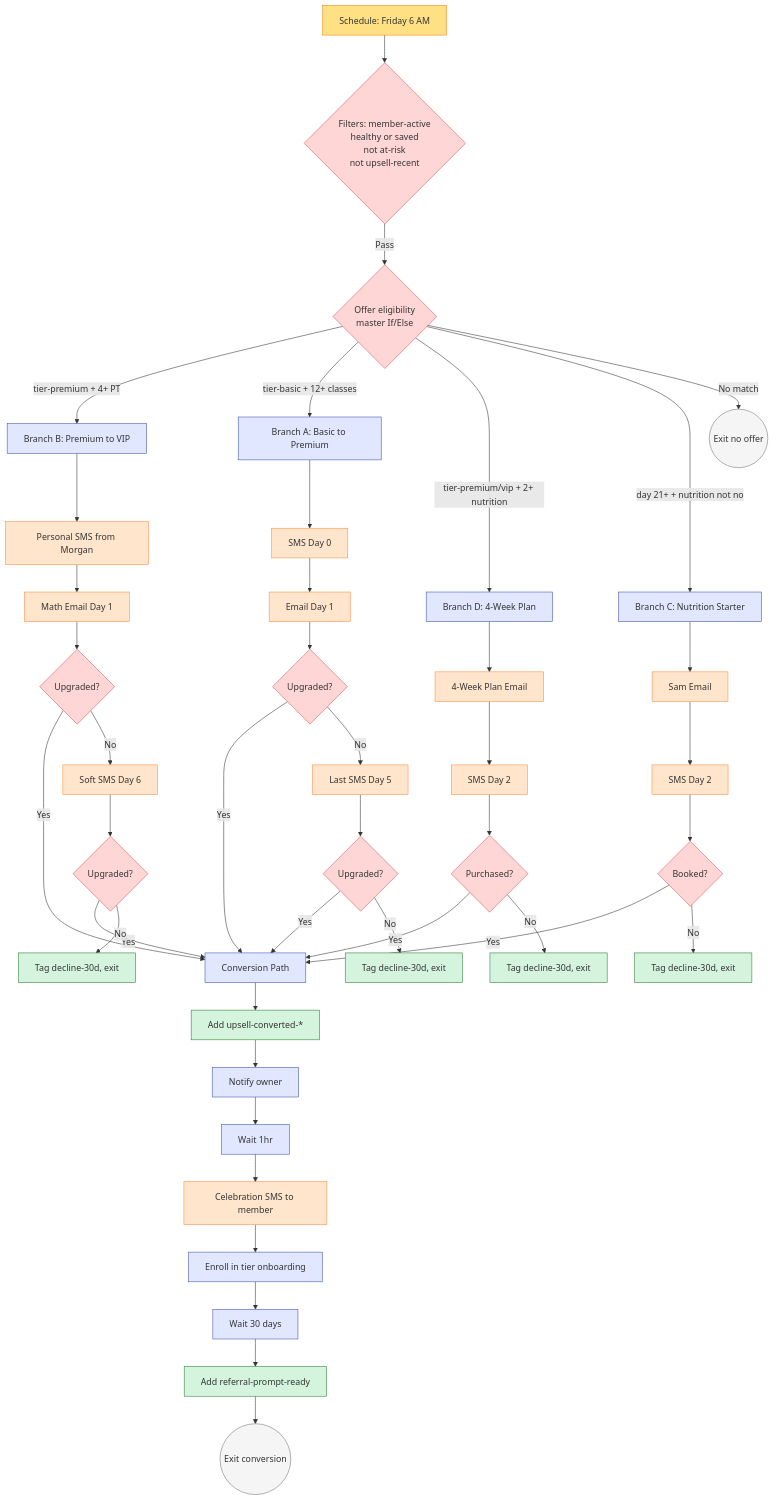
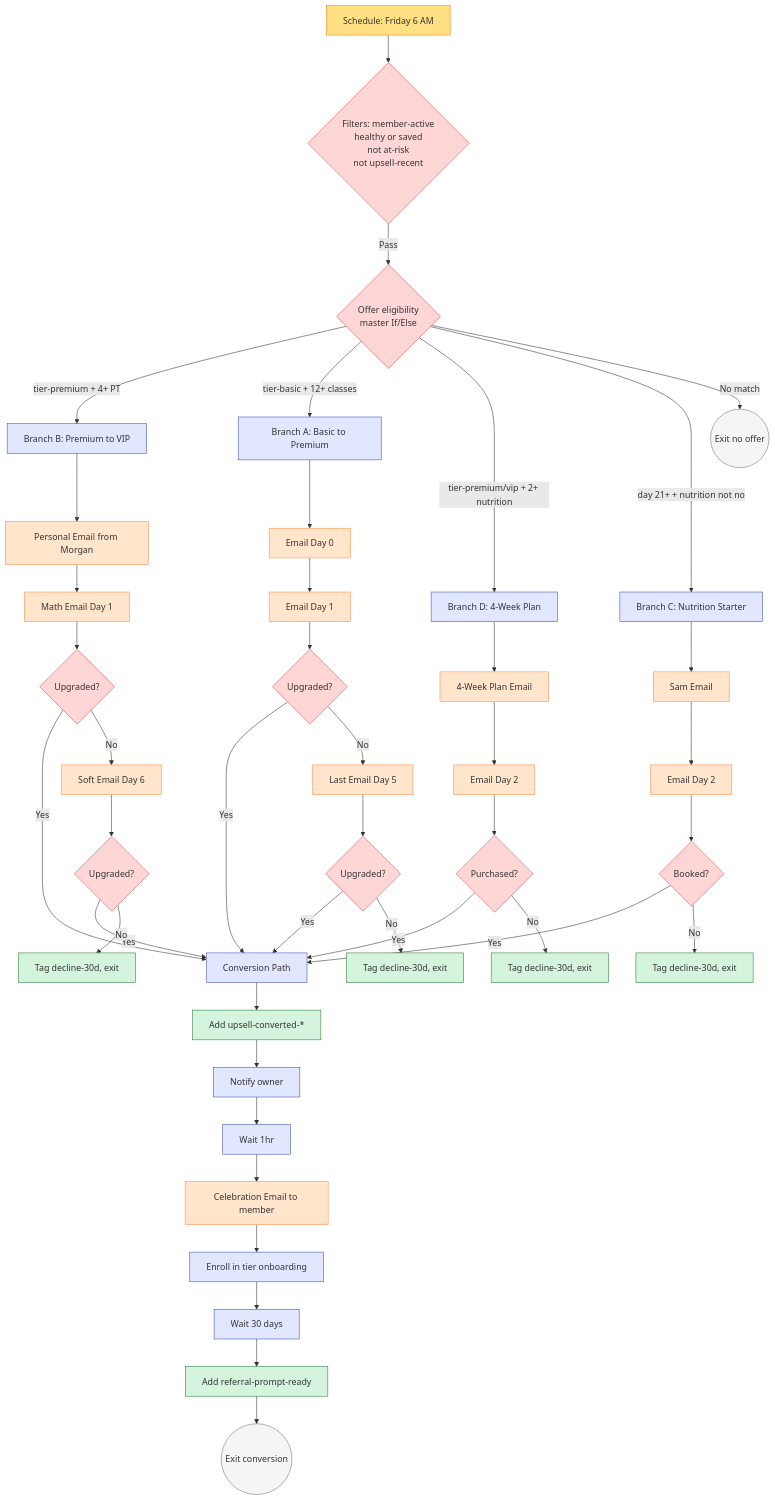
One commit to safeer-maker/GoHighLevel changed the diagram in client-demo/sunrise-wellness-studio/problems/06-upsell-and-cross-sell/assets/workflow.md. Above: the diagram before and after it, drawn with Mermaid. The commit also changed other lines of this file and 50 other files, not shown here.

````diff
--- a/client-demo/sunrise-wellness-studio/problems/06-upsell-and-cross-sell/assets/workflow.md
+++ b/client-demo/sunrise-wellness-studio/problems/06-upsell-and-cross-sell/assets/workflow.md
@@ -190,64 +190,64 @@
 ```mermaid
 graph TD
     T[Schedule: Friday 6 AM] --> F1{Filters: member-active<br/>healthy or saved<br/>not at-risk<br/>not upsell-recent}
     F1 -->|Pass| Eval{Offer eligibility<br/>master If/Else}
 
     Eval -->|tier-premium + 4+ PT| B1[Branch B: Premium to VIP]
     Eval -->|tier-basic + 12+ classes| A1[Branch A: Basic to Premium]
     Eval -->|tier-premium/vip + 2+ nutrition| D1[Branch D: 4-Week Plan]
     Eval -->|day 21+ + nutrition not no| C1[Branch C: Nutrition Starter]
     Eval -->|No match| ExitNo((Exit no offer))
 
-    A1 --> A_SMS[SMS Day 0]
+    A1 --> A_SMS[Email Day 0]
     A_SMS --> A_Email[Email Day 1]
     A_Email --> A_Check1{Upgraded?}
     A_Check1 -->|Yes| CV[Conversion Path]
-    A_Check1 -->|No| A_LastSMS[Last SMS Day 5]
+    A_Check1 -->|No| A_LastSMS[Last Email Day 5]
     A_LastSMS --> A_Check2{Upgraded?}
     A_Check2 -->|Yes| CV
     A_Check2 -->|No| A_Decline[Tag decline-30d, exit]
 
-    B1 --> B_SMS[Personal SMS from Morgan]
+    B1 --> B_SMS[Personal Email from Morgan]
     B_SMS --> B_Email[Math Email Day 1]
     B_Email --> B_Check1{Upgraded?}
     B_Check1 -->|Yes| CV
-    B_Check1 -->|No| B_Soft[Soft SMS Day 6]
+    B_Check1 -->|No| B_Soft[Soft Email Day 6]
     B_Soft --> B_Check2{Upgraded?}
     B_Check2 -->|Yes| CV
     B_Check2 -->|No| B_Decline[Tag decline-30d, exit]
 
     C1 --> C_Email[Sam Email]
-    C_Email --> C_SMS[SMS Day 2]
+    C_Email --> C_SMS[Email Day 2]
     C_SMS --> C_Check{Booked?}
     C_Check -->|Yes| CV
     C_Check -->|No| C_Decline[Tag decline-30d, exit]
 
     D1 --> D_Email[4-Week Plan Email]
-    D_Email --> D_SMS[SMS Day 2]
+    D_Email --> D_SMS[Email Day 2]
     D_SMS --> D_Check{Purchased?}
     D_Check -->|Yes| CV
     D_Check -->|No| D_Decline[Tag decline-30d, exit]
 
     CV --> CV_Tag[Add upsell-converted-*]
     CV_Tag --> CV_Notify[Notify owner]
     CV_Notify --> CV_Wait[Wait 1hr]
-    CV_Wait --> CV_SMS[Celebration SMS to member]
+    CV_Wait --> CV_SMS[Celebration Email to member]
     CV_SMS --> CV_Onboard[Enroll in tier onboarding]
     CV_Onboard --> CV_Wait30[Wait 30 days]
     CV_Wait30 --> CV_Refer[Add referral-prompt-ready]
     CV_Refer --> ExitWin((Exit conversion))
 
     classDef trigger fill:#FFE082,stroke:#F57F17
     classDef cond fill:#FFD6D6,stroke:#D9534F
     classDef msg fill:#FFE5CC,stroke:#FF8C42
     classDef action fill:#E0E7FF,stroke:#3F51B5
     classDef tag fill:#D4F4DD,stroke:#2E7D32
     classDef exit fill:#F5F5F5,stroke:#757575
 
     class T trigger
     class F1,Eval,A_Check1,A_Check2,B_Check1,B_Check2,C_Check,D_Check cond
     class A_SMS,A_Email,A_LastSMS,B_SMS,B_Email,B_Soft,C_Email,C_SMS,D_Email,D_SMS,CV_SMS msg
     class A1,B1,C1,D1,CV,CV_Wait,CV_Wait30,CV_Onboard,CV_Notify action
     class CV_Tag,CV_Refer,A_Decline,B_Decline,C_Decline,D_Decline tag
     class ExitNo,ExitWin exit
 ```
````
